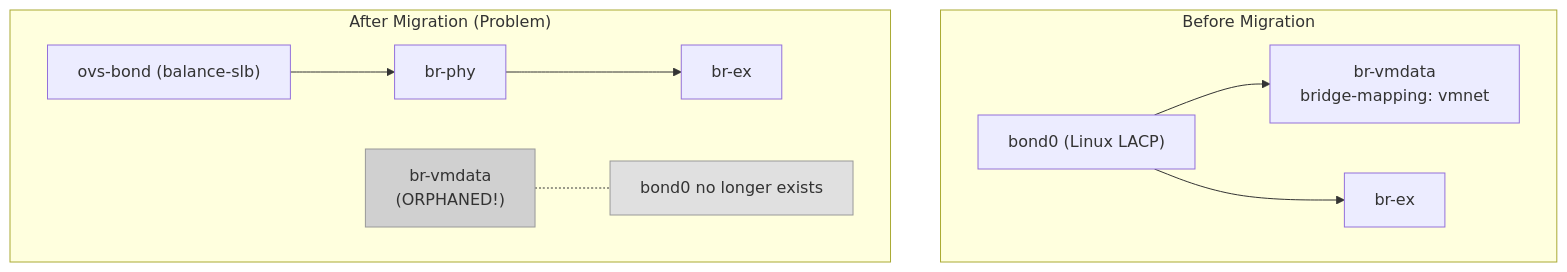
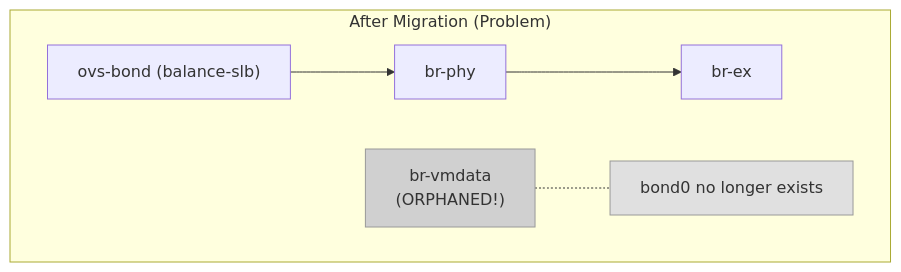
One commit to linuxelitebr/openshift-balance-slb changed the fourth of 7 diagrams in hcp-balance-slb/OPENSHIFT-VIRTUALIZATION-VMNET-BALANCE-SLB.md. Above: the diagram before and after it, drawn with Mermaid. The commit also changed other lines of this file and 2 other files, not shown here.

Commit message:
update OPENSHIFT-VIRTUALIZATION-VMNET-BALANCE-SLB.md, OVS-BALANCE-SLB-MIGRATION-PROCEDURE.md and check-cluster-bond.sh

````diff
--- a/hcp-balance-slb/OPENSHIFT-VIRTUALIZATION-VMNET-BALANCE-SLB.md
+++ b/hcp-balance-slb/OPENSHIFT-VIRTUALIZATION-VMNET-BALANCE-SLB.md
@@ -169,19 +208,13 @@
 ```mermaid
 flowchart TB
-    subgraph Before["Before Migration"]
-        BOND0["bond0 (Linux LACP)"]
-        BOND0 --> BRVMDATA1["br-vmdata<br/>bridge-mapping: vmnet"]
-        BOND0 --> BREX1["br-ex"]
-    end
-    
     subgraph After["After Migration (Problem)"]
         OVSBOND["ovs-bond (balance-slb)"]
         OVSBOND --> BRPHY["br-phy"]
         BRPHY --> BREX2["br-ex"]
         BRVMDATA2["br-vmdata<br/>(ORPHANED!)"]
         BRVMDATA2 -.- X["bond0 no longer exists"]
     end
     
     style BRVMDATA2 fill:#d0d0d0,stroke:#999
     style X fill:#e0e0e0,stroke:#999
 ```
````
